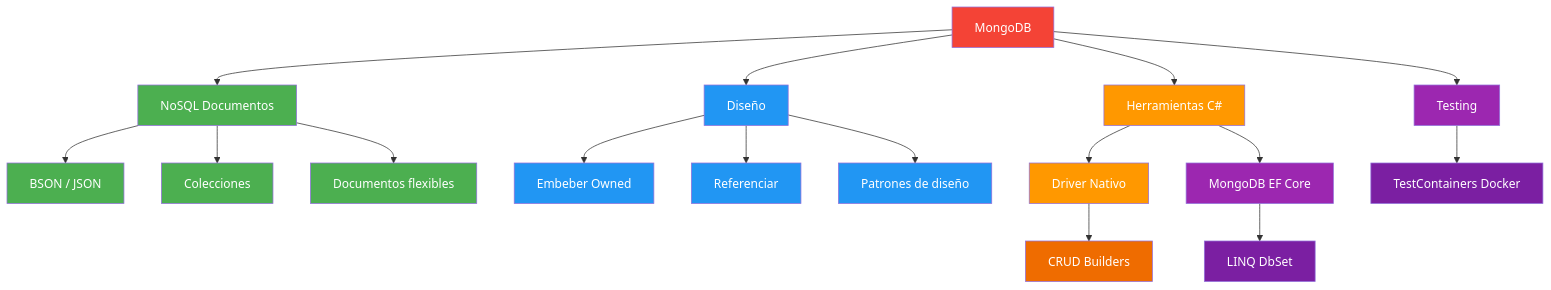
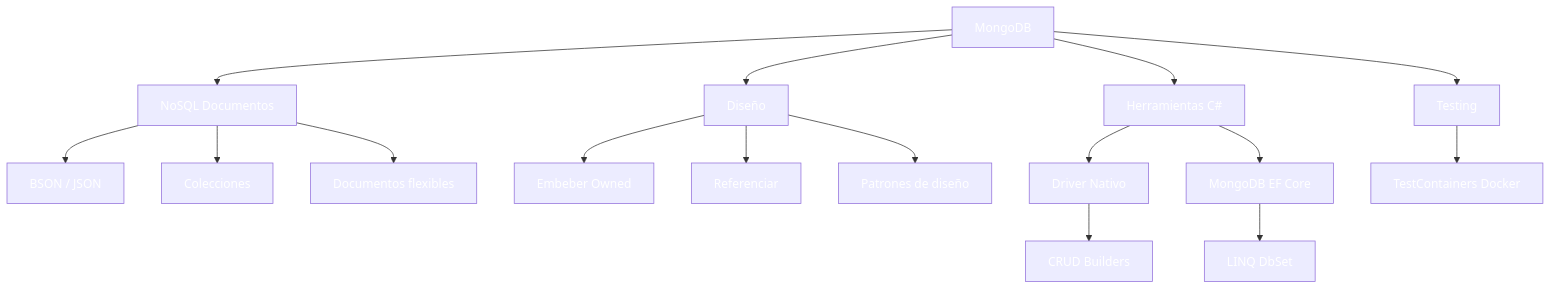
One commit to joseluisgs/DesarrolloWebEntornosServidor-02-2026-2027 changed the eighth of 8 diagrams in 13-mongodb.md. Above: the diagram before and after it, drawn with Mermaid. The commit also changed other lines of this file and 41 other files, not shown here.

````diff
--- a/13-mongodb.md
+++ b/13-mongodb.md
@@ -1815,40 +1815,40 @@
 ```mermaid
 graph TD
     MONGO[MongoDB] --> NOSQL[NoSQL Documentos]
     MONGO --> DESIGN[Diseño]
     MONGO --> TOOLS[Herramientas C#]
     MONGO --> TEST[Testing]
 
     NOSQL --> BSON[BSON / JSON]
     NOSQL --> COL[Colecciones]
     NOSQL --> DOC[Documentos flexibles]
 
     DESIGN --> EMB[Embeber Owned]
     DESIGN --> REF[Referenciar]
     DESIGN --> PAT[Patrones de diseño]
 
     TOOLS --> DRIVER[Driver Nativo]
     TOOLS --> EF[MongoDB EF Core]
 
     DRIVER --> CRUD1[CRUD Builders]
     EF --> CRUD2[LINQ DbSet]
 
     TEST --> TC[TestContainers Docker]
 
-    style MONGO fill:#f44336,color:#fff
-    style NOSQL fill:#4CAF50,color:#fff
-    style DESIGN fill:#2196F3,color:#fff
-    style TOOLS fill:#FF9800,color:#fff
-    style TEST fill:#9C27B0,color:#fff
-    style BSON fill:#4CAF50,color:#fff
-    style COL fill:#4CAF50,color:#fff
-    style DOC fill:#4CAF50,color:#fff
-    style EMB fill:#2196F3,color:#fff
-    style REF fill:#2196F3,color:#fff
-    style PAT fill:#2196F3,color:#fff
-    style DRIVER fill:#FF9800,color:#fff
-    style EF fill:#9C27B0,color:#fff
-    style CRUD1 fill:#EF6C00,color:#fff
-    style CRUD2 fill:#7B1FA2,color:#fff
-    style TC fill:#7B1FA2,color:#fff
+    style MONGO fill:#f4433,color:#fff6,color:#fff
+    style NOSQL fill:#4CAF5,color:#fff0,color:#fff
+    style DESIGN fill:#2196F,color:#fff3,color:#fff
+    style TOOLS fill:#FF980,color:#fff0,color:#fff
+    style TEST fill:#9C27B,color:#fff0,color:#fff
+    style BSON fill:#4CAF5,color:#fff0,color:#fff
+    style COL fill:#4CAF5,color:#fff0,color:#fff
+    style DOC fill:#4CAF5,color:#fff0,color:#fff
+    style EMB fill:#2196F,color:#fff3,color:#fff
+    style REF fill:#2196F,color:#fff3,color:#fff
+    style PAT fill:#2196F,color:#fff3,color:#fff
+    style DRIVER fill:#FF980,color:#fff0,color:#fff
+    style EF fill:#9C27B,color:#fff0,color:#fff
+    style CRUD1 fill:#EF6C0,color:#fff0,color:#fff
+    style CRUD2 fill:#7B1FA,color:#fff2,color:#fff
+    style TC fill:#7B1FA,color:#fff2,color:#fff
 ```
````
